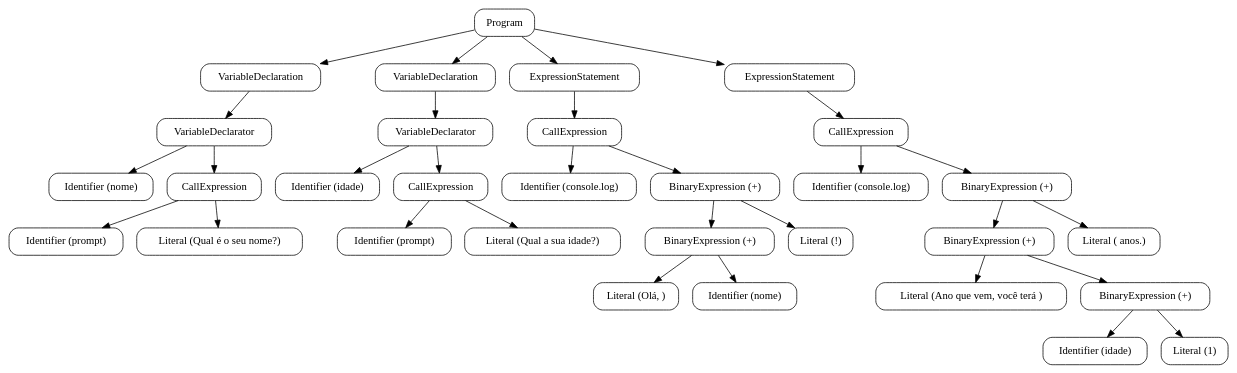
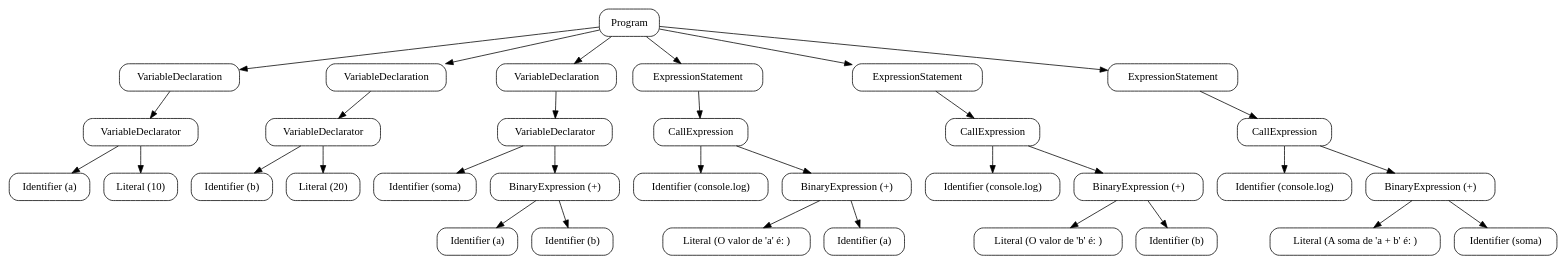
Before and after one commit to lorena-strobel/NovaScript: the diagram in output/teste_io.ast.dot, drawn with Graphviz. The commit also changed 8 other files, not shown here.

```diff
--- a/output/teste_io.ast.dot
+++ b/output/teste_io.ast.dot
@@ -1,64 +1,68 @@
 digraph AST {
   node [shape=box, style="rounded"];
   0 [label="Program"];
   1 [label="VariableDeclaration"];
   0 -> 1;
   2 [label="VariableDeclarator"];
   1 -> 2;
-  3 [label="Identifier (nome)"];
+  3 [label="Identifier (a)"];
   2 -> 3;
-  4 [label="CallExpression"];
+  4 [label="Literal (10)"];
   2 -> 4;
-  5 [label="Identifier (prompt)"];
-  4 -> 5;
-  6 [label="Literal (Qual é o seu nome?)"];
-  4 -> 6;
-  7 [label="VariableDeclaration"];
-  0 -> 7;
-  8 [label="VariableDeclarator"];
-  7 -> 8;
-  9 [label="Identifier (idade)"];
-  8 -> 9;
-  10 [label="CallExpression"];
-  8 -> 10;
-  11 [label="Identifier (prompt)"];
+  5 [label="VariableDeclaration"];
+  0 -> 5;
+  6 [label="VariableDeclarator"];
+  5 -> 6;
+  7 [label="Identifier (b)"];
+  6 -> 7;
+  8 [label="Literal (20)"];
+  6 -> 8;
+  9 [label="VariableDeclaration"];
+  0 -> 9;
+  10 [label="VariableDeclarator"];
+  9 -> 10;
+  11 [label="Identifier (soma)"];
   10 -> 11;
-  12 [label="Literal (Qual a sua idade?)"];
+  12 [label="BinaryExpression (+)"];
   10 -> 12;
-  13 [label="ExpressionStatement"];
-  0 -> 13;
-  14 [label="CallExpression"];
-  13 -> 14;
-  15 [label="Identifier (console.log)"];
-  14 -> 15;
-  16 [label="BinaryExpression (+)"];
-  14 -> 16;
-  17 [label="BinaryExpression (+)"];
+  13 [label="Identifier (a)"];
+  12 -> 13;
+  14 [label="Identifier (b)"];
+  12 -> 14;
+  15 [label="ExpressionStatement"];
+  0 -> 15;
+  16 [label="CallExpression"];
+  15 -> 16;
+  17 [label="Identifier (console.log)"];
   16 -> 17;
-  18 [label="Literal (Olá, )"];
-  17 -> 18;
-  19 [label="Identifier (nome)"];
-  17 -> 19;
-  20 [label="Literal (!)"];
-  16 -> 20;
+  18 [label="BinaryExpression (+)"];
+  16 -> 18;
+  19 [label="Literal (O valor de 'a' é: )"];
+  18 -> 19;
+  20 [label="Identifier (a)"];
+  18 -> 20;
   21 [label="ExpressionStatement"];
   0 -> 21;
   22 [label="CallExpression"];
   21 -> 22;
   23 [label="Identifier (console.log)"];
   22 -> 23;
   24 [label="BinaryExpression (+)"];
   22 -> 24;
-  25 [label="BinaryExpression (+)"];
+  25 [label="Literal (O valor de 'b' é: )"];
   24 -> 25;
-  26 [label="Literal (Ano que vem, você terá )"];
-  25 -> 26;
-  27 [label="BinaryExpression (+)"];
-  25 -> 27;
-  28 [label="Identifier (idade)"];
+  26 [label="Identifier (b)"];
+  24 -> 26;
+  27 [label="ExpressionStatement"];
+  0 -> 27;
+  28 [label="CallExpression"];
   27 -> 28;
-  29 [label="Literal (1)"];
-  27 -> 29;
-  30 [label="Literal ( anos.)"];
-  24 -> 30;
+  29 [label="Identifier (console.log)"];
+  28 -> 29;
+  30 [label="BinaryExpression (+)"];
+  28 -> 30;
+  31 [label="Literal (A soma de 'a + b' é: )"];
+  30 -> 31;
+  32 [label="Identifier (soma)"];
+  30 -> 32;
 }
```
